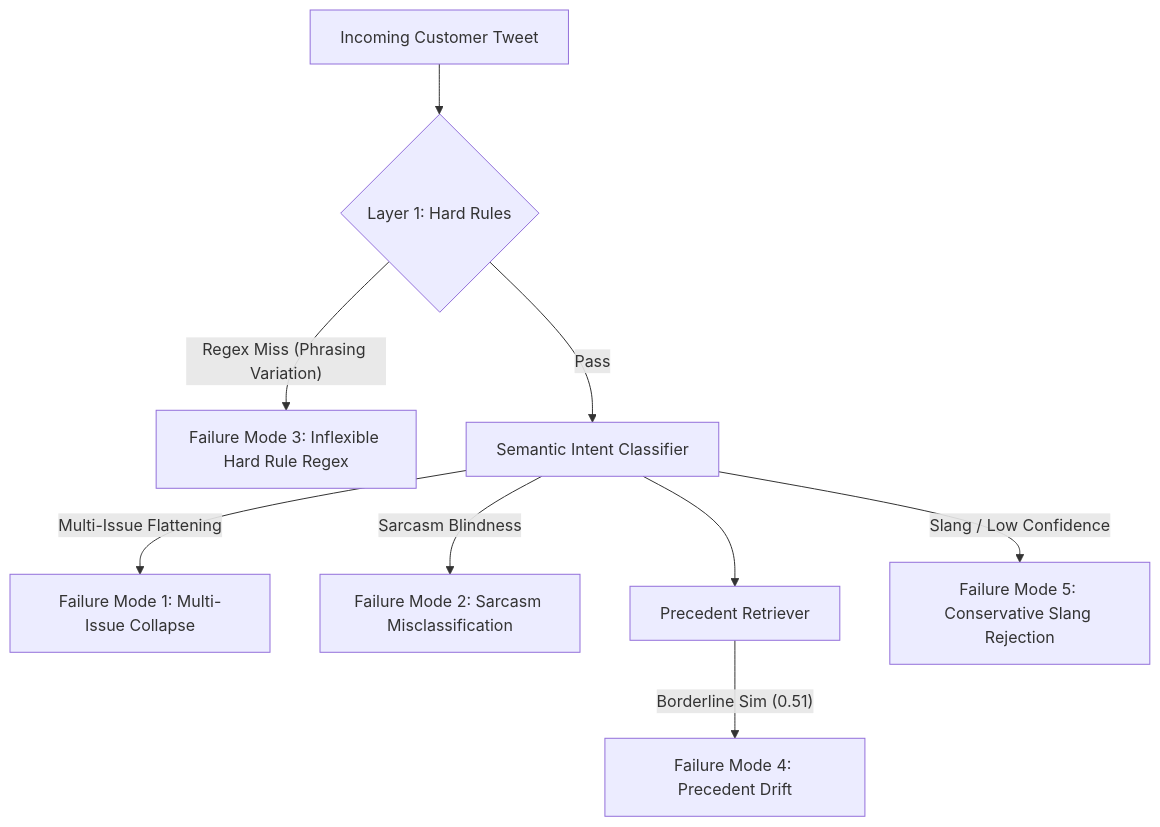
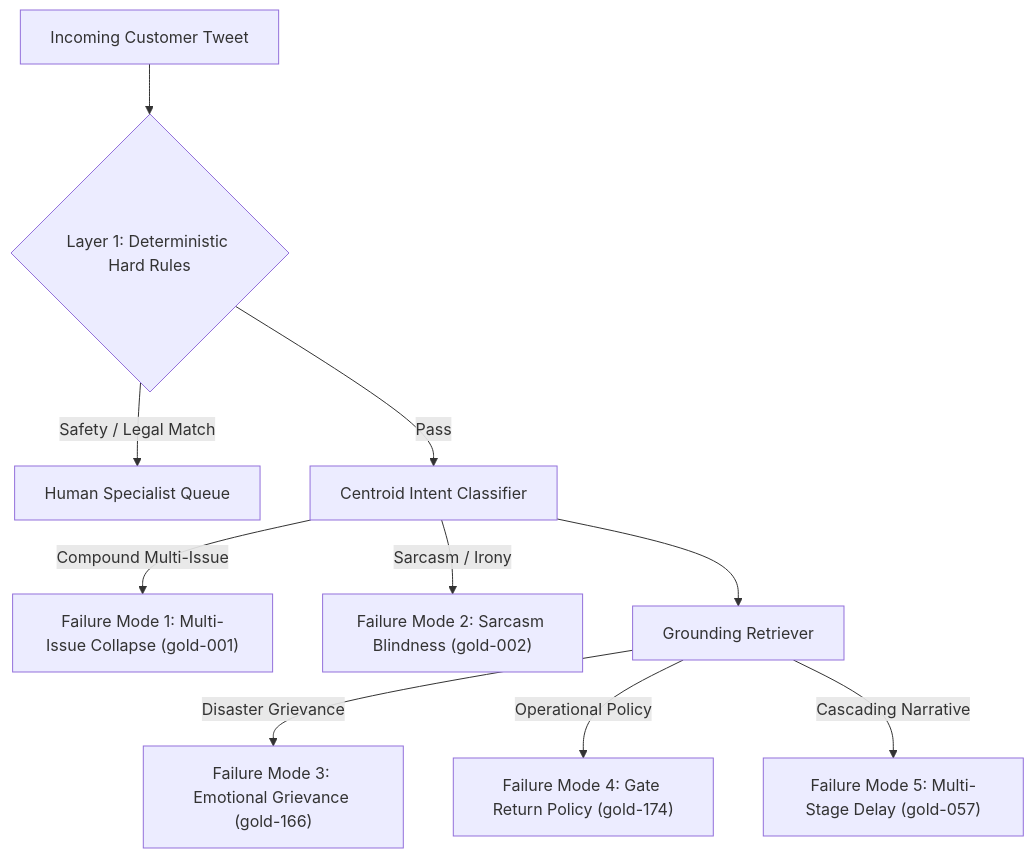
Before and after one commit to Aditya-269/American-Air: the diagram in reports/report.md, drawn with Mermaid. The commit also changed other lines of this file and 12 other files, not shown here.

````diff
--- a/reports/report.md
+++ b/reports/report.md
@@ -68,11 +72,12 @@
 ```mermaid
 flowchart TD
-    Inbound["Incoming Customer Tweet"] --> Layer1{"Layer 1: Hard Rules"}
-    Layer1 -- "Regex Miss (Phrasing Variation)" --> Fail1["Failure Mode 3: Inflexible Hard Rule Regex"]
-    Layer1 -- "Pass" --> Classify["Semantic Intent Classifier"]
-    Classify -- "Multi-Issue Flattening" --> Fail2["Failure Mode 1: Multi-Issue Collapse"]
-    Classify -- "Sarcasm Blindness" --> Fail3["Failure Mode 2: Sarcasm Misclassification"]
-    Classify --> Retrieve["Precedent Retriever"]
-    Retrieve -- "Borderline Sim (0.51)" --> Fail4["Failure Mode 4: Precedent Drift"]
-    Classify -- "Slang / Low Confidence" --> Fail5["Failure Mode 5: Conservative Slang Rejection"]
+    Inbound["Incoming Customer Tweet"] --> Layer1{"Layer 1: Deterministic Hard Rules"}
+    Layer1 -- "Safety / Legal Match" --> Escalate["Human Specialist Queue"]
+    Layer1 -- "Pass" --> IntentEngine["Centroid Intent Classifier"]
+    IntentEngine -- "Compound Multi-Issue" --> FM1["Failure Mode 1: Multi-Issue Collapse (gold-001)"]
+    IntentEngine -- "Sarcasm / Irony" --> FM2["Failure Mode 2: Sarcasm Blindness (gold-002)"]
+    IntentEngine --> Retriever["Grounding Retriever"]
+    Retriever -- "Disaster Grievance" --> FM3["Failure Mode 3: Emotional Grievance (gold-166)"]
+    Retriever -- "Operational Policy" --> FM4["Failure Mode 4: Gate Return Policy (gold-174)"]
+    Retriever -- "Cascading Narrative" --> FM5["Failure Mode 5: Multi-Stage Delay (gold-057)"]
 ```
````
